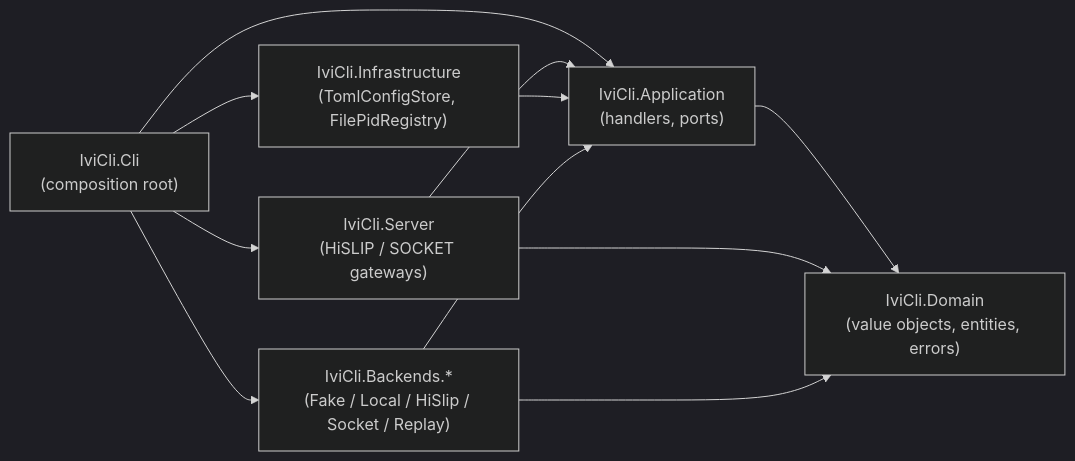
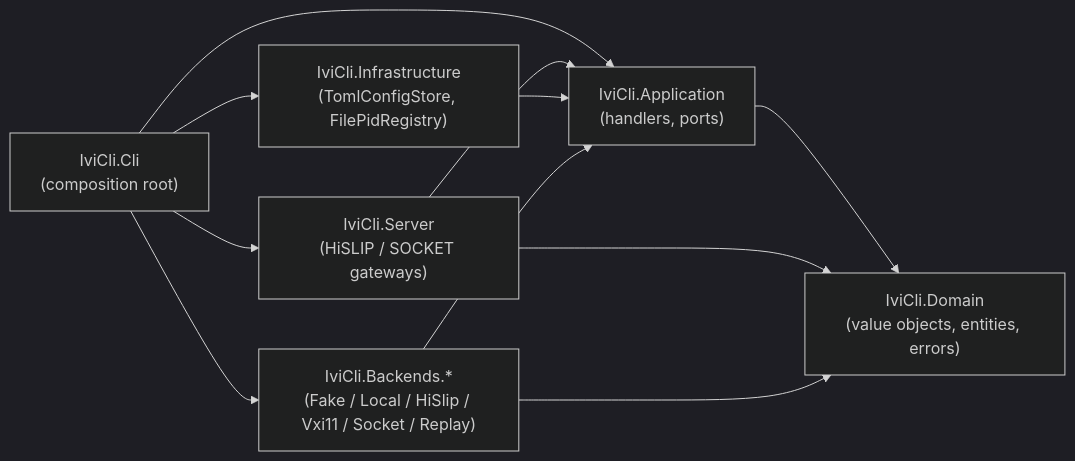
The diagram in README.jp.md (ShortArrow/ivi-cli), drawn with Mermaid (dark theme) before and after one commit. The commit also changed other lines of this file and 5 other files, not shown here.

````diff
--- a/README.jp.md
+++ b/README.jp.md
@@ -97,13 +97,13 @@
 ```mermaid
 flowchart LR
     Cli["IviCli.Cli<br/>(composition root)"] --> App["IviCli.Application<br/>(handlers, ports)"]
     Cli --> Server["IviCli.Server<br/>(HiSLIP / SOCKET gateways)"]
     Server --> App
     Cli --> Infra["IviCli.Infrastructure<br/>(TomlConfigStore, FilePidRegistry)"]
     Infra --> App
-    Cli --> Backends["IviCli.Backends.*<br/>(Fake / Local / HiSlip / Socket / Replay)"]
+    Cli --> Backends["IviCli.Backends.*<br/>(Fake / Local / HiSlip / Vxi11 / Socket / Replay)"]
     Backends --> App
     App --> Domain["IviCli.Domain<br/>(value objects, entities, errors)"]
     Server --> Domain
     Backends --> Domain
 ```
````
